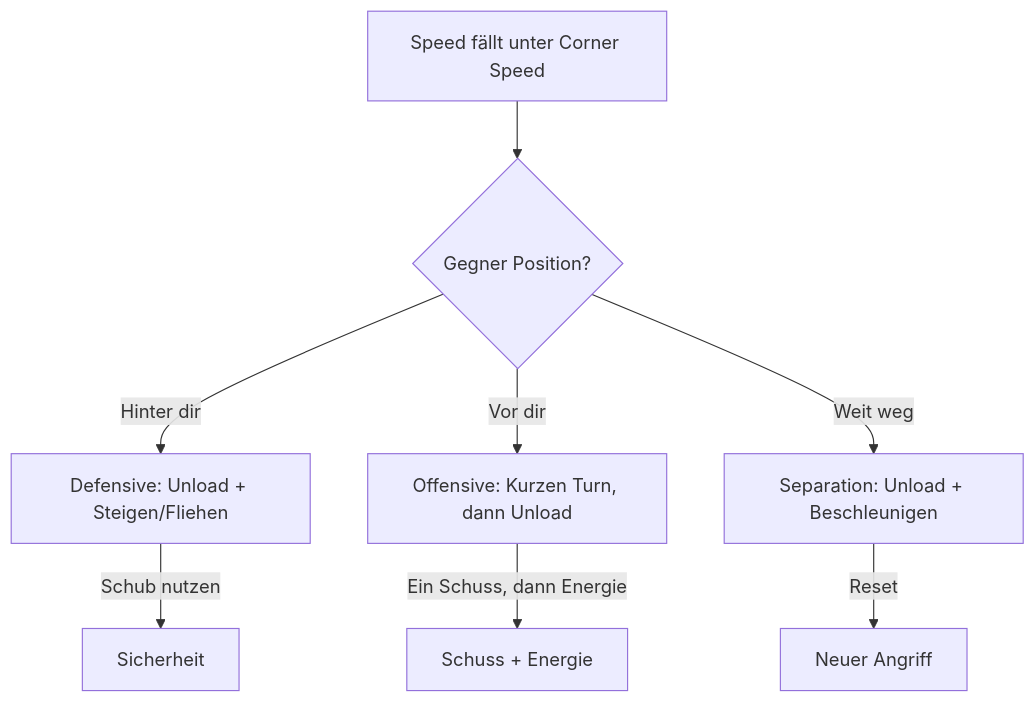
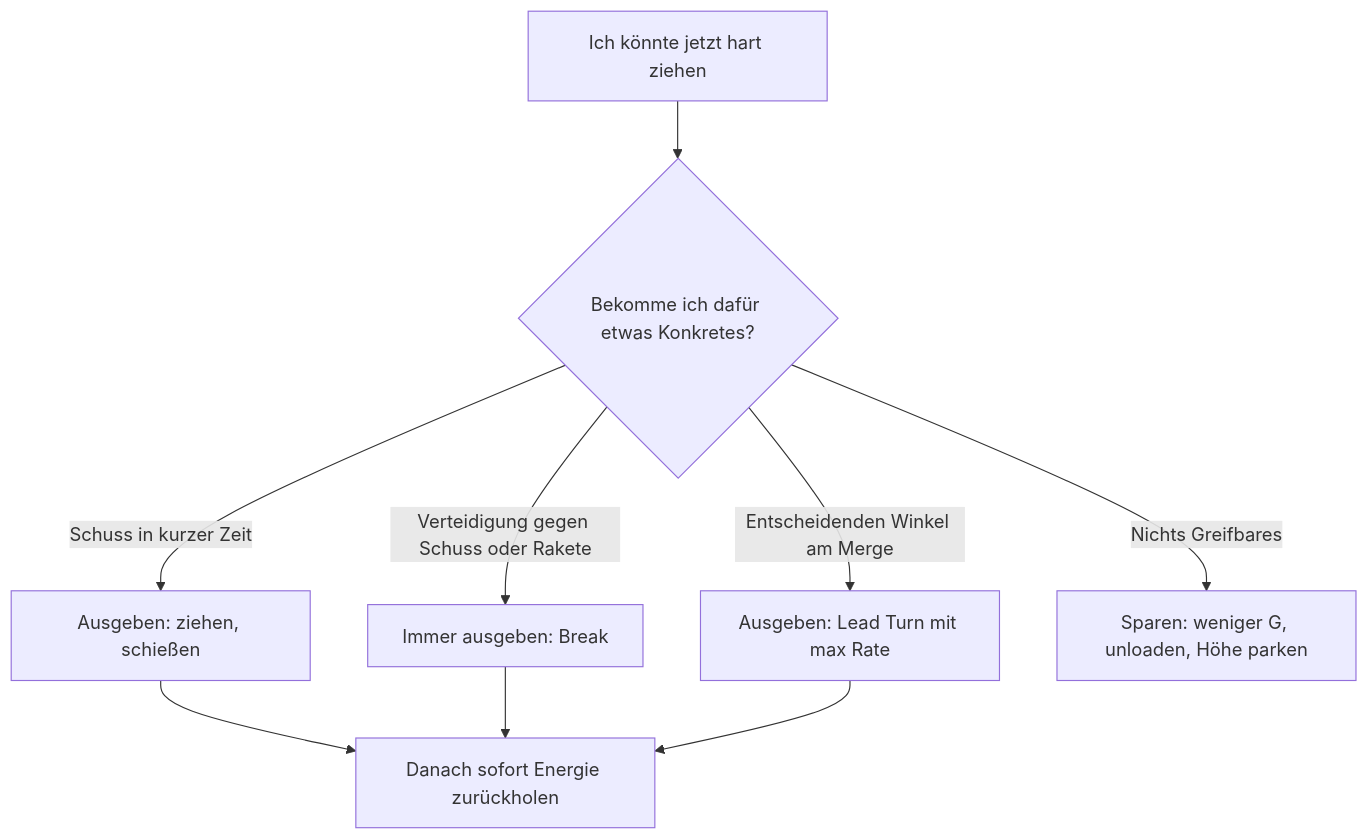
One commit to lukaio3D/VFM_Wiki changed the diagram in docs/grundlagen/energie-management.md. Above: the diagram before and after it, drawn with Mermaid. The commit also changed other lines of this file and 66 other files, not shown here.

````diff
--- a/docs/grundlagen/energie-management.md
+++ b/docs/grundlagen/energie-management.md
@@ -178,12 +168,11 @@
 ```mermaid
 flowchart TD
-    START["Speed fällt unter Corner Speed"] --> Q{Gegner Position?}
-
-    Q -->|Hinter dir| DEF[Defensive: Unload + Steigen/Fliehen]
-    Q -->|Vor dir| OFF[Offensive: Kurzen Turn, dann Unload]
-    Q -->|Weit weg| SEP[Separation: Unload + Beschleunigen]
-
-    DEF --> |"Schub nutzen"| SAFE[Sicherheit]
-    OFF --> |"Ein Schuss, dann Energie"| SHOT[Schuss + Energie]
-    SEP --> |"Reset"| RESTART[Neuer Angriff]
+    A[Ich könnte jetzt hart ziehen] --> B{Bekomme ich dafür etwas Konkretes?}
+    B -->|Schuss in kurzer Zeit| C[Ausgeben: ziehen, schießen]
+    B -->|Verteidigung gegen Schuss oder Rakete| D[Immer ausgeben: Break]
+    B -->|Entscheidenden Winkel am Merge| E[Ausgeben: Lead Turn mit max Rate]
+    B -->|Nichts Greifbares| F[Sparen: weniger G, unloaden, Höhe parken]
+    C --> G[Danach sofort Energie zurückholen]
+    D --> G
+    E --> G
 ```
````
